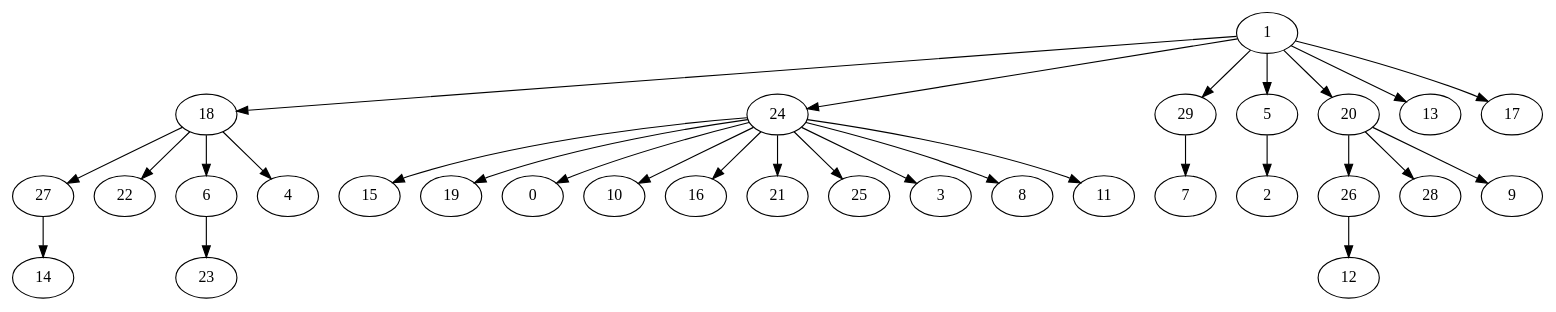
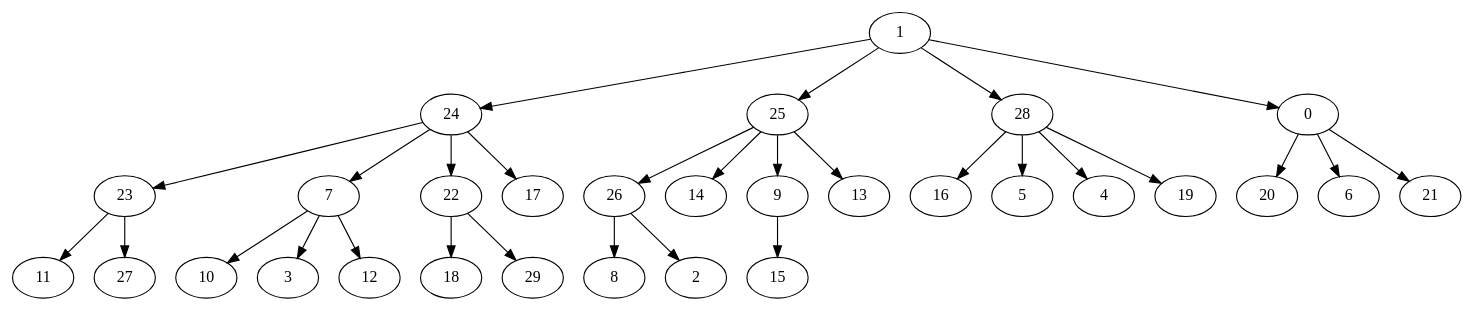
Before and after one commit to GusRojas/Grafos2DAA_A24: the diagram in arbol_bfs_erdos30.gv, drawn with Graphviz. The commit also changed 12 other files, not shown here.

```diff
--- a/arbol_bfs_erdos30.gv
+++ b/arbol_bfs_erdos30.gv
@@ -1,31 +1,31 @@
 digraph {
-  1 -> 18;
   1 -> 24;
-  1 -> 29;
-  1 -> 5;
-  1 -> 20;
-  1 -> 13;
-  1 -> 17;
-  18 -> 27;
-  18 -> 22;
-  18 -> 6;
-  18 -> 4;
-  24 -> 15;
-  24 -> 19;
-  24 -> 0;
-  24 -> 10;
-  24 -> 16;
-  24 -> 21;
-  24 -> 25;
-  24 -> 3;
-  24 -> 8;
-  24 -> 11;
-  29 -> 7;
-  5 -> 2;
-  20 -> 26;
-  20 -> 28;
-  20 -> 9;
-  27 -> 14;
-  6 -> 23;
-  26 -> 12;
+  1 -> 25;
+  1 -> 28;
+  1 -> 0;
+  24 -> 23;
+  24 -> 7;
+  24 -> 22;
+  24 -> 17;
+  25 -> 26;
+  25 -> 14;
+  25 -> 9;
+  25 -> 13;
+  28 -> 16;
+  28 -> 5;
+  28 -> 4;
+  28 -> 19;
+  0 -> 20;
+  0 -> 6;
+  0 -> 21;
+  23 -> 11;
+  23 -> 27;
+  7 -> 10;
+  7 -> 3;
+  7 -> 12;
+  22 -> 18;
+  22 -> 29;
+  26 -> 8;
+  26 -> 2;
+  9 -> 15;
 }
```
